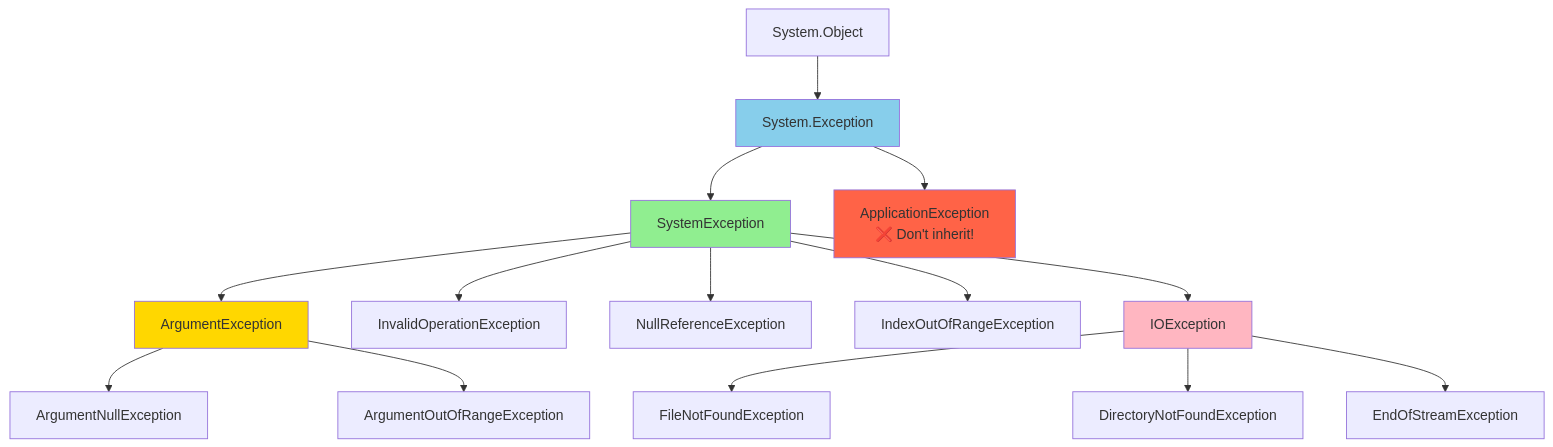
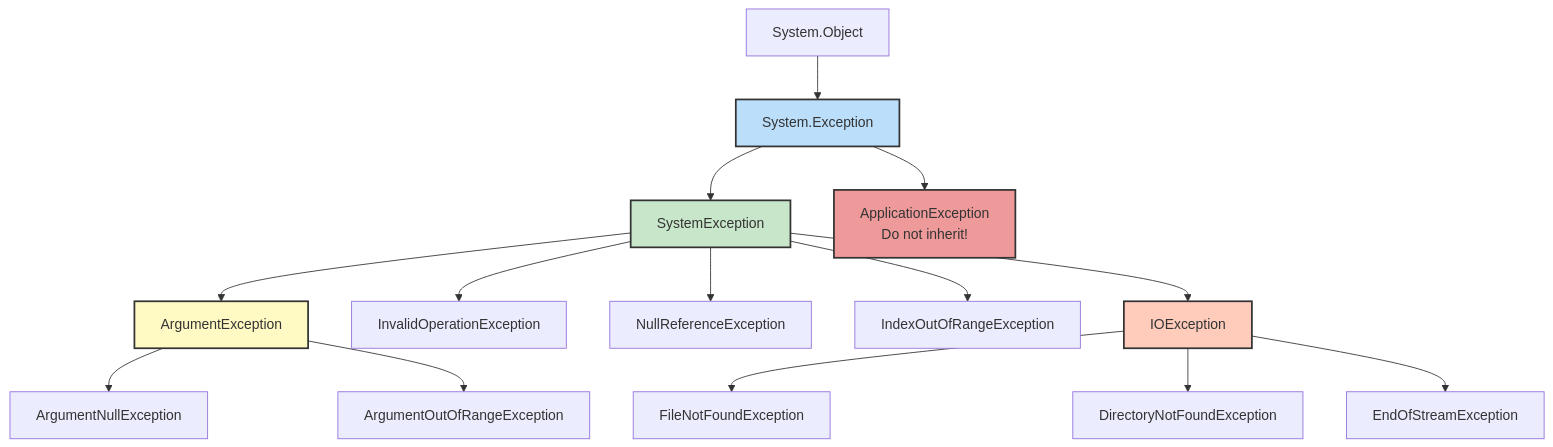
One commit to NguyenPhamCode4You/ai-home-lab-docker-compose changed the first of 11 diagrams in C# fundamentals/day06-exceptions.md. Above: the diagram before and after it, drawn with Mermaid. The commit also changed other lines of this file and 10 other files, not shown here.

````diff
--- a/C# fundamentals/day06-exceptions.md
+++ b/C# fundamentals/day06-exceptions.md
@@ -20,25 +20,25 @@
 ```mermaid
 graph TB
     A[System.Object] --> B[System.Exception]
     B --> C[SystemException]
-    B --> D[ApplicationException<br/>❌ Don't inherit!]
+    B --> D[ApplicationException<br/>Do not inherit!]
 
     C --> E[ArgumentException]
     C --> F[InvalidOperationException]
     C --> G[NullReferenceException]
     C --> H[IndexOutOfRangeException]
     C --> I[IOException]
 
     E --> E1[ArgumentNullException]
     E --> E2[ArgumentOutOfRangeException]
 
     I --> I1[FileNotFoundException]
     I --> I2[DirectoryNotFoundException]
     I --> I3[EndOfStreamException]
 
-    style B fill:#87CEEB
-    style C fill:#90EE90
-    style D fill:#FF6347
-    style E fill:#FFD700
-    style I fill:#FFB6C1
+    style B fill:#bbdefb,stroke:#333,stroke-width:2px
+    style C fill:#c8e6c9,stroke:#333,stroke-width:2px
+    style D fill:#ef9a9a,stroke:#333,stroke-width:2px
+    style E fill:#fff9c4,stroke:#333,stroke-width:2px
+    style I fill:#ffccbc,stroke:#333,stroke-width:2px
 ```
````
